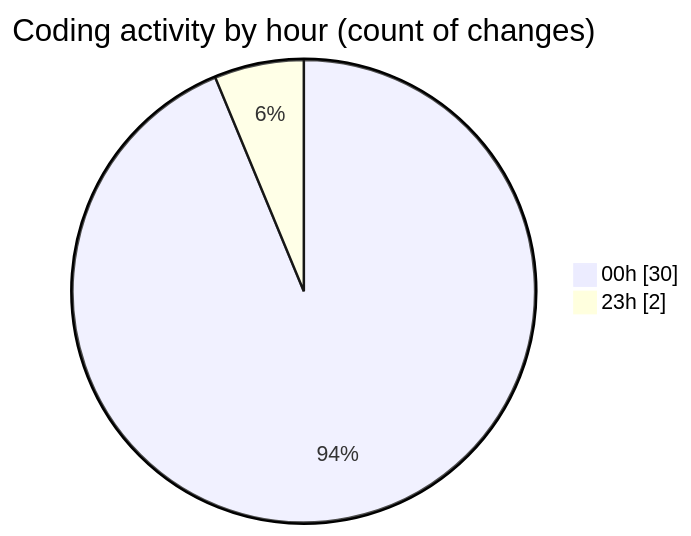
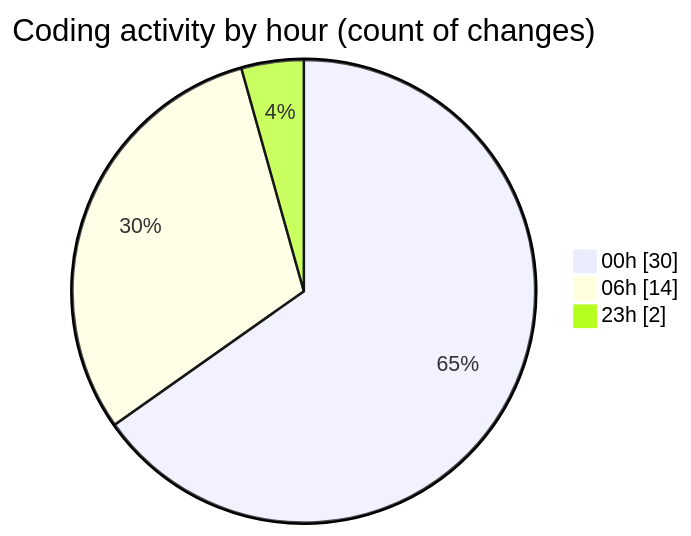
One commit to Unknowalive/code-tracking changed the second of 2 diagrams in 2026-04-08/t2s/README.md. Above: the diagram before and after it, drawn with Mermaid. The commit also changed other lines of this file and 1 other file, not shown here.

````diff
--- a/2026-04-08/t2s/README.md
+++ b/2026-04-08/t2s/README.md
@@ -43,6 +50,7 @@
 ```mermaid
 pie showData
 title Coding activity by hour (count of changes)
 "00h" : 30
+"06h" : 14
 "23h" : 2
 ```
````
